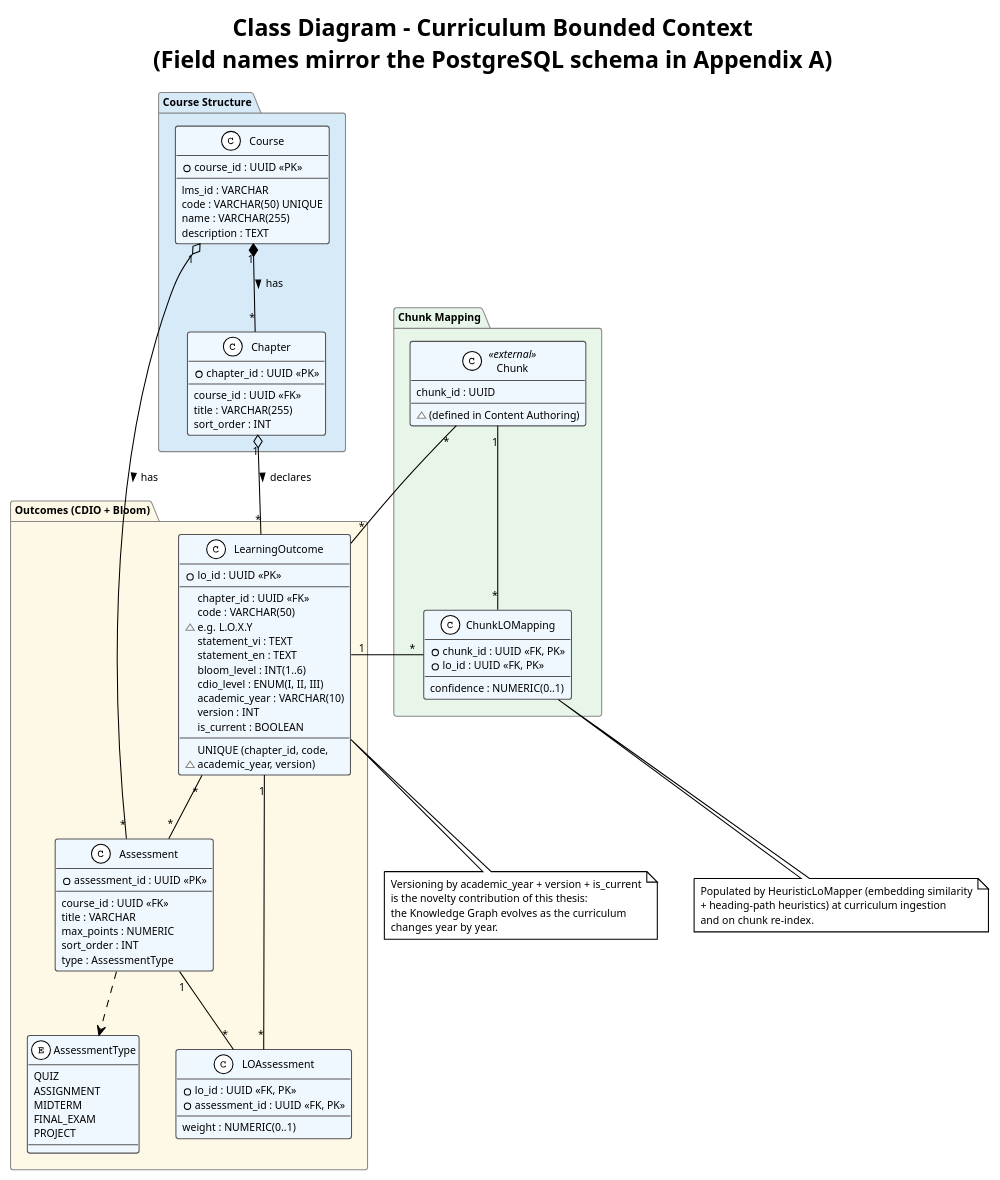
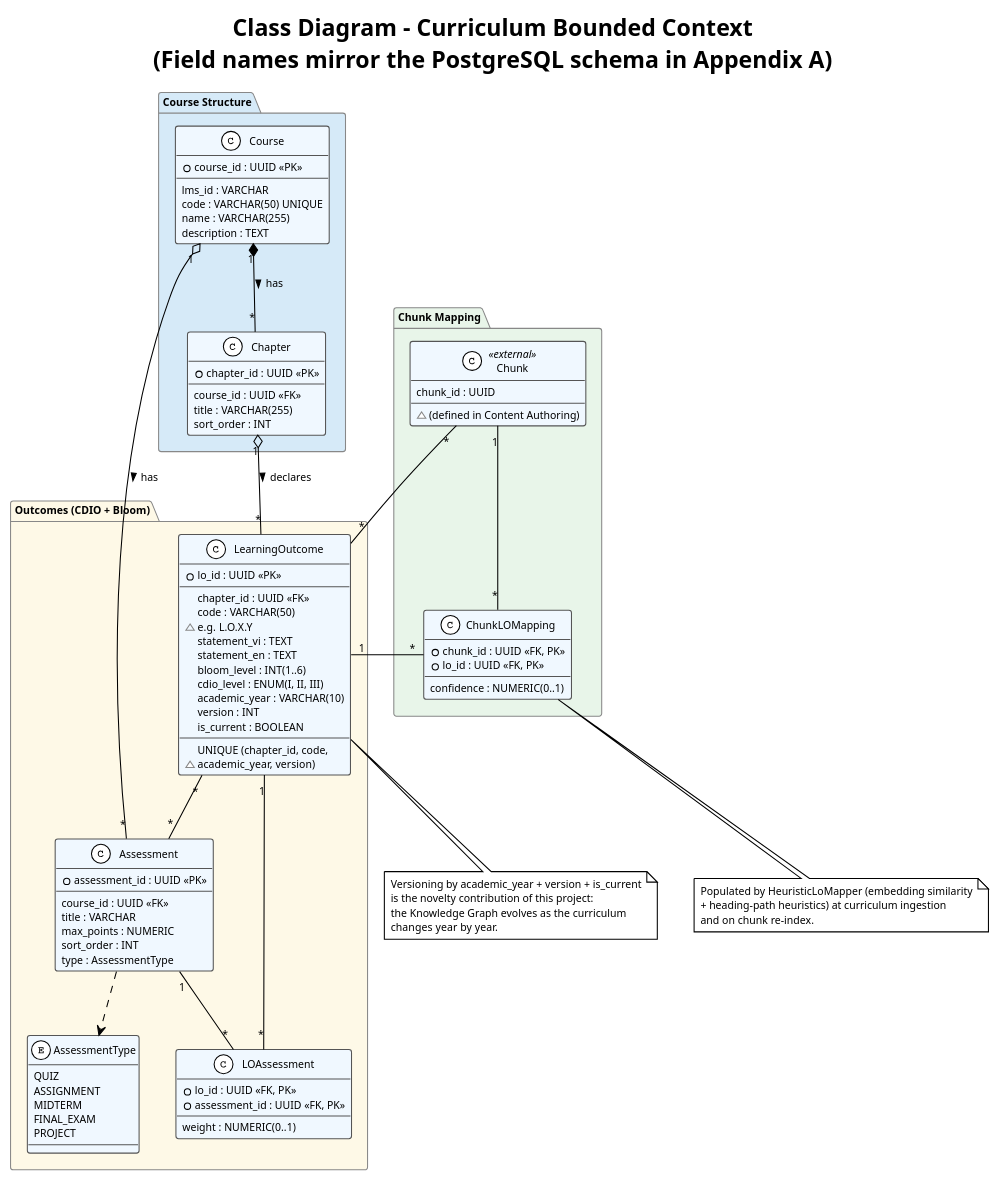
The diagram in lvtn_en/diagrams/28_class_diagram_curriculum.puml (252-DA/report), drawn with PlantUML before and after one commit. The commit also changed 18 other files, not shown here.

First line of the commit message:
Refactor terminology from "Graduation Thesis" to "Specialized Project" across multiple documents

```diff
--- a/lvtn_en/diagrams/28_class_diagram_curriculum.puml
+++ b/lvtn_en/diagrams/28_class_diagram_curriculum.puml
@@ -1,117 +1,117 @@
 @startuml class_diagram_curriculum
 !theme plain
 skinparam defaultFontName Arial
 skinparam defaultFontSize 10
 skinparam ClassBackgroundColor #F0F8FF
 skinparam ClassBorderColor #555555
 skinparam PackageBorderColor #888888
 
 title Class Diagram - Curriculum Bounded Context\n(Field names mirror the PostgreSQL schema in Appendix A)
 
 package "Course Structure" #D6EAF8 {
     class Course {
         + course_id : UUID <<PK>>
         --
         lms_id : VARCHAR
         code : VARCHAR(50) UNIQUE
         name : VARCHAR(255)
         description : TEXT
     }
 
     class Chapter {
         + chapter_id : UUID <<PK>>
         --
         course_id : UUID <<FK>>
         title : VARCHAR(255)
         sort_order : INT
     }
 }
 
 package "Outcomes (CDIO + Bloom)" #FEF9E7 {
     class LearningOutcome {
         + lo_id : UUID <<PK>>
         --
         chapter_id : UUID <<FK>>
         code : VARCHAR(50)
         ~ e.g. L.O.X.Y
         statement_vi : TEXT
         statement_en : TEXT
         bloom_level : INT(1..6)
         cdio_level : ENUM(I, II, III)
         academic_year : VARCHAR(10)
         version : INT
         is_current : BOOLEAN
         --
         UNIQUE (chapter_id, code,
         ~ academic_year, version)
     }
 
     class Assessment {
         + assessment_id : UUID <<PK>>
         --
         course_id : UUID <<FK>>
         title : VARCHAR
         max_points : NUMERIC
         sort_order : INT
         type : AssessmentType
     }
 
     class LOAssessment {
         + lo_id : UUID <<FK, PK>>
         + assessment_id : UUID <<FK, PK>>
         --
         weight : NUMERIC(0..1)
     }
 
     enum AssessmentType {
         QUIZ
         ASSIGNMENT
         MIDTERM
         FINAL_EXAM
         PROJECT
     }
 }
 
 package "Chunk Mapping" #E8F5E9 {
     class ChunkLOMapping {
         + chunk_id : UUID <<FK, PK>>
         + lo_id : UUID <<FK, PK>>
         --
         confidence : NUMERIC(0..1)
     }
 
     class "Chunk" as ChunkRef <<external>> {
         chunk_id : UUID
         ~ (defined in Content Authoring)
     }
 }
 
 ' ===== Relationships =====
 Course "1" *-- "*" Chapter : has >
 Chapter "1" o-- "*" LearningOutcome : declares >
 Course "1" o-- "*" Assessment : has >
 
 LearningOutcome "*" -- "*" Assessment
 LearningOutcome "1" -- "*" LOAssessment
 Assessment "1" -- "*" LOAssessment
 
 ChunkRef "*" -- "*" LearningOutcome
 ChunkRef "1" -- "*" ChunkLOMapping
 LearningOutcome "1" -- "*" ChunkLOMapping
 
 Assessment ..> AssessmentType
 
 note bottom of LearningOutcome
   Versioning by academic_year + version + is_current
-  is the novelty contribution of this thesis:
+  is the novelty contribution of this project:
   the Knowledge Graph evolves as the curriculum
   changes year by year.
 end note
 
 note bottom of ChunkLOMapping
   Populated by HeuristicLoMapper (embedding similarity
   + heading-path heuristics) at curriculum ingestion
   and on chunk re-index.
 end note
 
 @enduml
```
